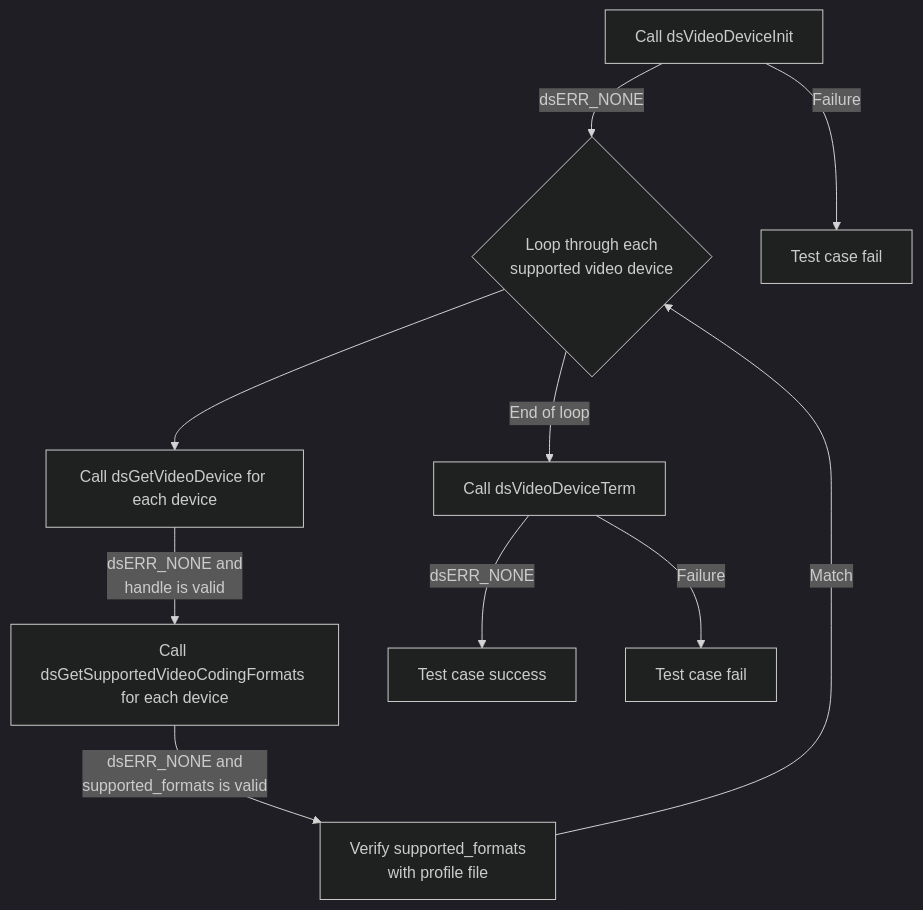
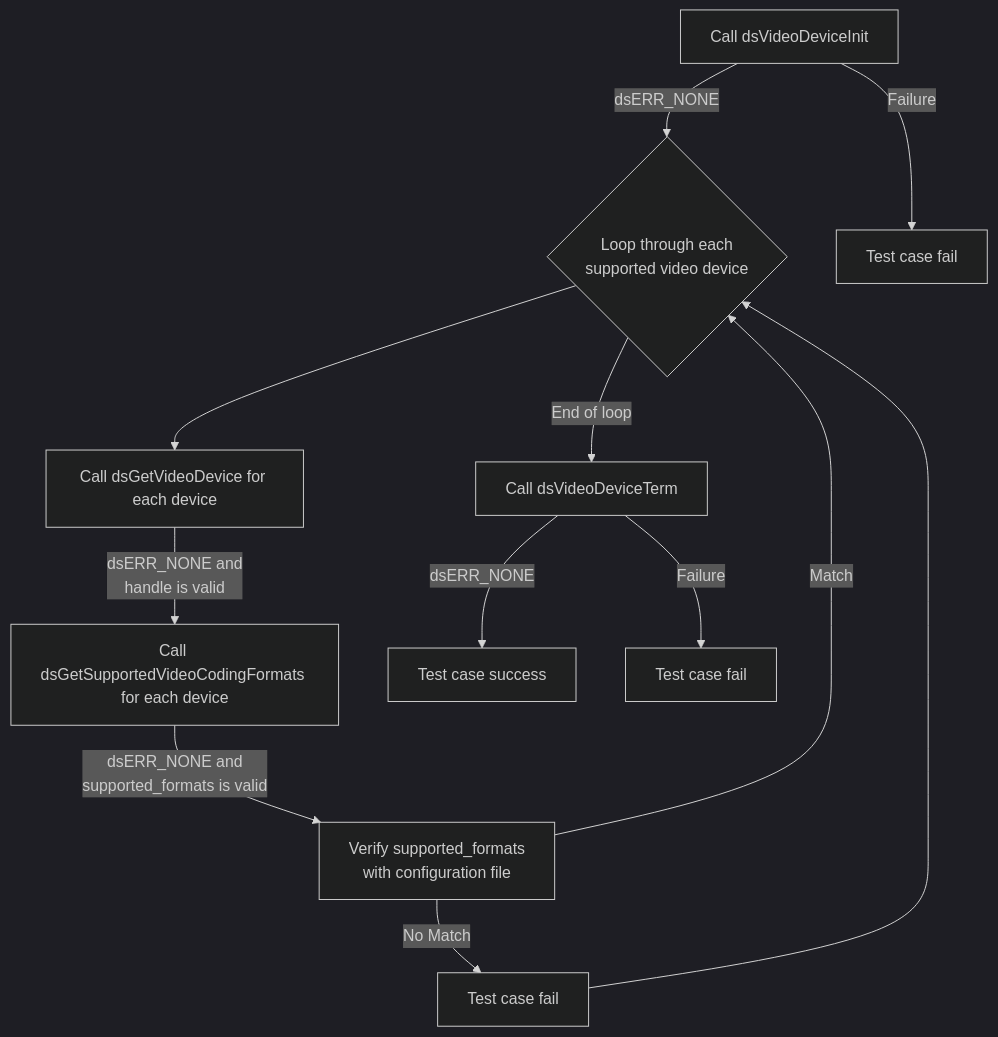
Before and after one commit to rdkcentral/rdk-halif-test-device_settings: the third of 5 diagrams in docs/pages/ds-video-device_L2-Low-Level_TestSpec.md, drawn with Mermaid (dark theme). The commit also changed other lines of this file and 13 other files, not shown here.

````diff
--- a/docs/pages/ds-video-device_L2-Low-Level_TestSpec.md
+++ b/docs/pages/ds-video-device_L2-Low-Level_TestSpec.md
@@ -189,12 +153,14 @@
 ```mermaid
 graph TB
-A[Call dsVideoDeviceInit] -->|dsERR_NONE| B{Loop through each <br> supported video device}
-A -->|Failure| A1[Test case fail]
+A[Call dsVideoDeviceInit] -->|dsERR_NONE|B{Loop through each <br> supported video device}
+A -->|Failure|A1[Test case fail]
 B --> C[Call dsGetVideoDevice for each device]
-C -->|dsERR_NONE and <br> handle is valid| D[Call dsGetSupportedVideoCodingFormats <br>for each device]
-D -->|dsERR_NONE and <br> supported_formats is valid| E[Verify supported_formats <br> with profile file]
-E -->|Match| B
-B --> |End of loop|F[Call dsVideoDeviceTerm]
-F -->|dsERR_NONE| G[Test case success]
-F -->|Failure| F1[Test case fail]
+C -->|dsERR_NONE and <br> handle is valid|D[Call dsGetSupportedVideoCodingFormats <br>for each device]
+D -->|dsERR_NONE and <br> supported_formats is valid|E[Verify supported_formats <br> with configuration file]
+E -->|Match|B
+E -->|No Match|E1[Test case fail]
+E1 --> B
+B -->|End of loop|F[Call dsVideoDeviceTerm]
+F -->|dsERR_NONE|G[Test case success]
+F -->|Failure|F1[Test case fail]
 ```
````
